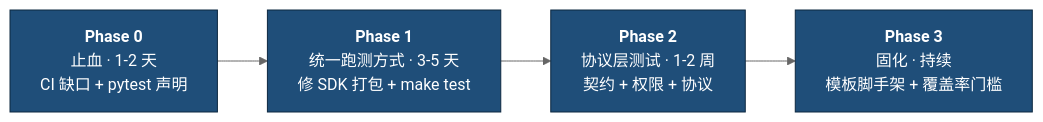
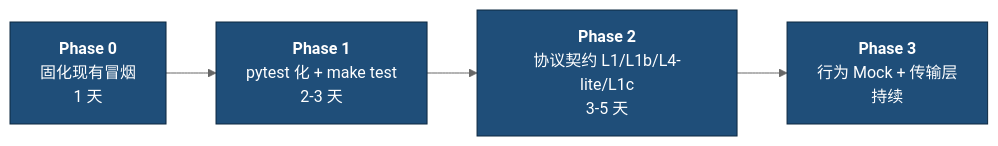
Before and after one commit to bot-qianjinyan/my-mcp-user: the second of 2 diagrams in TESTING_IMPROVEMENT_PLAN.zh.md, drawn with Mermaid (neutral theme). The commit also changed other lines of this file, not shown here.

````diff
--- a/TESTING_IMPROVEMENT_PLAN.zh.md
+++ b/TESTING_IMPROVEMENT_PLAN.zh.md
@@ -32,8 +158,8 @@
 ```mermaid
 flowchart LR
-    P0["<b>Phase 0</b><br/>止血 · 1-2 天<br/>CI 缺口 + pytest 声明"] --> P1["<b>Phase 1</b><br/>统一跑测方式 · 3-5 天<br/>修 SDK 打包 + make test"]
-    P1 --> P2["<b>Phase 2</b><br/>协议层测试 · 1-2 周<br/>契约 + 权限 + 协议"]
-    P2 --> P3["<b>Phase 3</b><br/>固化 · 持续<br/>模板脚手架 + 覆盖率门槛"]
+    P0["<b>Phase 0</b><br/>固化现有冒烟<br/>1 天"] --> P1["<b>Phase 1</b><br/>pytest 化 + make test<br/>2-3 天"]
+    P1 --> P2["<b>Phase 2</b><br/>协议契约 L1/L1b/L4-lite/L1c<br/>3-5 天"]
+    P2 --> P3["<b>Phase 3</b><br/>行为 Mock + 传输层<br/>持续"]
     classDef s fill:#1f4e79,stroke:#0d2840,color:#fff
     class P0,P1,P2,P3 s
 ```
````
